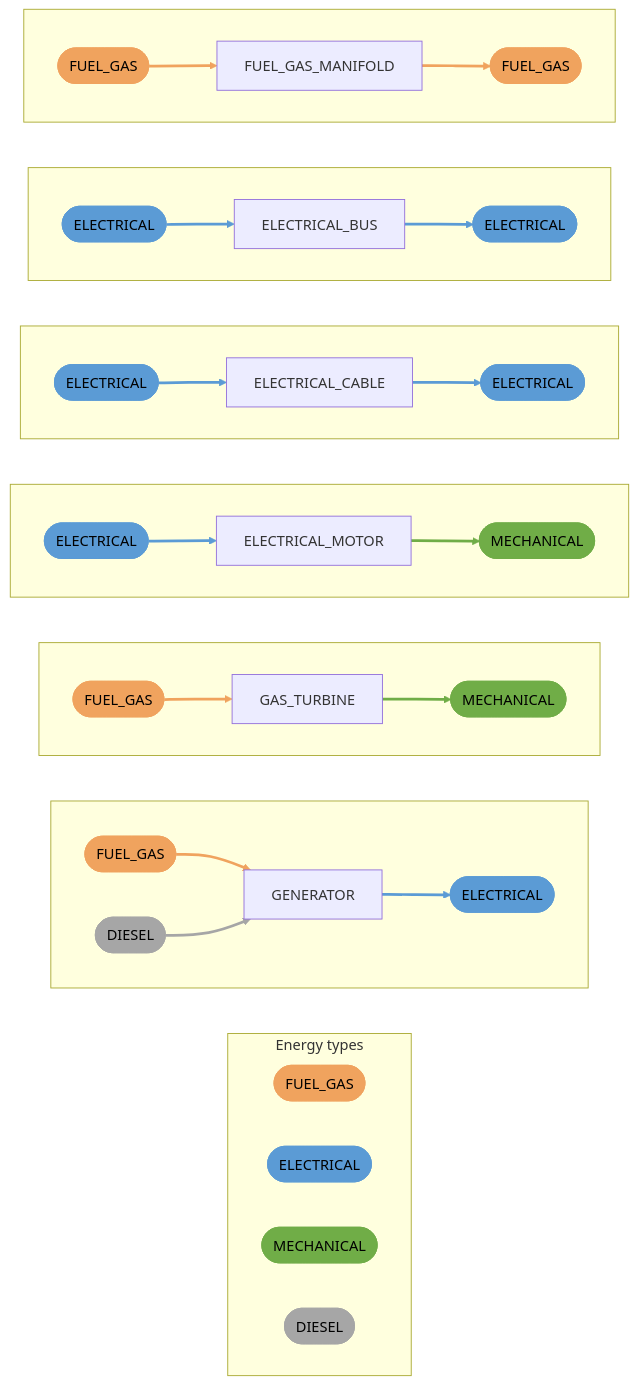
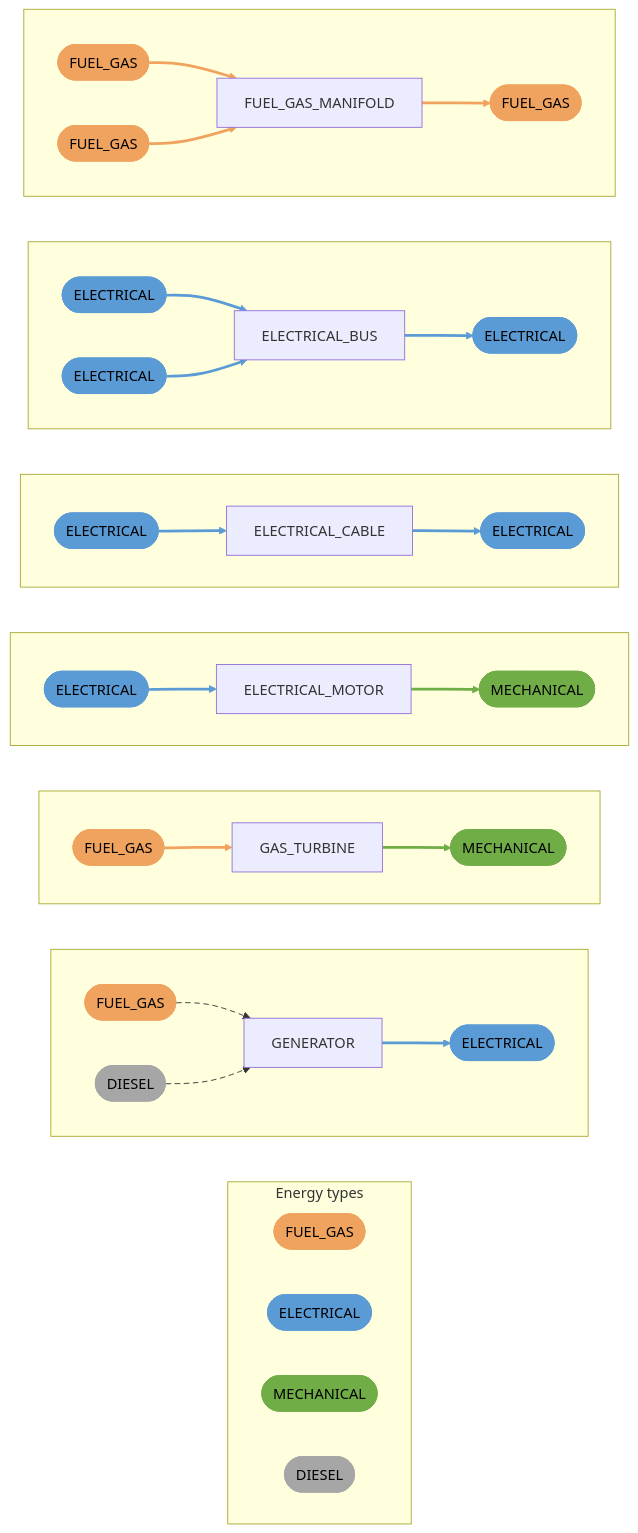
Before and after one commit to equinor/ecalc: the diagram in docs/docs/about/nextgen/energy-components/providers.mdx, drawn with Mermaid. The commit also changed 5 other files, not shown here.

````diff
--- a/docs/docs/about/nextgen/energy-components/providers.mdx
+++ b/docs/docs/about/nextgen/energy-components/providers.mdx
@@ -11,59 +11,62 @@
 ```mermaid
 graph LR
     subgraph legend ["Energy types"]
         direction LR
         legend_FUEL_GAS(["FUEL_GAS"])
         legend_ELECTRICAL(["ELECTRICAL"])
         legend_MECHANICAL(["MECHANICAL"])
         legend_DIESEL(["DIESEL"])
     end
     subgraph box_GENERATOR [" "]
         direction LR
         GENERATOR["GENERATOR"]
-        GENERATOR_in_FUEL_GAS(["FUEL_GAS"]) --> GENERATOR
-        GENERATOR_in_DIESEL(["DIESEL"]) --> GENERATOR
-        GENERATOR --> GENERATOR_out_ELECTRICAL(["ELECTRICAL"])
+        GENERATOR_in0_FUEL_GAS(["FUEL_GAS"]) -.-> GENERATOR
+        GENERATOR_in0_DIESEL(["DIESEL"]) -.-> GENERATOR
+        GENERATOR --> GENERATOR_out0_ELECTRICAL(["ELECTRICAL"])
     end
     subgraph box_GAS_TURBINE [" "]
         direction LR
         GAS_TURBINE["GAS_TURBINE"]
-        GAS_TURBINE_in_FUEL_GAS(["FUEL_GAS"]) --> GAS_TURBINE
-        GAS_TURBINE --> GAS_TURBINE_out_MECHANICAL(["MECHANICAL"])
+        GAS_TURBINE_in0_FUEL_GAS(["FUEL_GAS"]) --> GAS_TURBINE
+        GAS_TURBINE --> GAS_TURBINE_out0_MECHANICAL(["MECHANICAL"])
     end
     subgraph box_ELECTRICAL_MOTOR [" "]
         direction LR
         ELECTRICAL_MOTOR["ELECTRICAL_MOTOR"]
-        ELECTRICAL_MOTOR_in_ELECTRICAL(["ELECTRICAL"]) --> ELECTRICAL_MOTOR
-        ELECTRICAL_MOTOR --> ELECTRICAL_MOTOR_out_MECHANICAL(["MECHANICAL"])
+        ELECTRICAL_MOTOR_in0_ELECTRICAL(["ELECTRICAL"]) --> ELECTRICAL_MOTOR
+        ELECTRICAL_MOTOR --> ELECTRICAL_MOTOR_out0_MECHANICAL(["MECHANICAL"])
     end
     subgraph box_ELECTRICAL_CABLE [" "]
         direction LR
         ELECTRICAL_CABLE["ELECTRICAL_CABLE"]
-        ELECTRICAL_CABLE_in_ELECTRICAL(["ELECTRICAL"]) --> ELECTRICAL_CABLE
-        ELECTRICAL_CABLE --> ELECTRICAL_CABLE_out_ELECTRICAL(["ELECTRICAL"])
+        ELECTRICAL_CABLE_in0_ELECTRICAL(["ELECTRICAL"]) --> ELECTRICAL_CABLE
+        ELECTRICAL_CABLE --> ELECTRICAL_CABLE_out0_ELECTRICAL(["ELECTRICAL"])
     end
     subgraph box_ELECTRICAL_BUS [" "]
         direction LR
         ELECTRICAL_BUS["ELECTRICAL_BUS"]
-        ELECTRICAL_BUS_in_ELECTRICAL(["ELECTRICAL"]) --> ELECTRICAL_BUS
-        ELECTRICAL_BUS --> ELECTRICAL_BUS_out_ELECTRICAL(["ELECTRICAL"])
+        ELECTRICAL_BUS_in0_ELECTRICAL(["ELECTRICAL"]) --> ELECTRICAL_BUS
+        ELECTRICAL_BUS_in1_ELECTRICAL(["ELECTRICAL"]) --> ELECTRICAL_BUS
+        ELECTRICAL_BUS --> ELECTRICAL_BUS_out0_ELECTRICAL(["ELECTRICAL"])
     end
     subgraph box_FUEL_GAS_MANIFOLD [" "]
         direction LR
         FUEL_GAS_MANIFOLD["FUEL_GAS_MANIFOLD"]
-        FUEL_GAS_MANIFOLD_in_FUEL_GAS(["FUEL_GAS"]) --> FUEL_GAS_MANIFOLD
-        FUEL_GAS_MANIFOLD --> FUEL_GAS_MANIFOLD_out_FUEL_GAS(["FUEL_GAS"])
+        FUEL_GAS_MANIFOLD_in0_FUEL_GAS(["FUEL_GAS"]) --> FUEL_GAS_MANIFOLD
+        FUEL_GAS_MANIFOLD_in1_FUEL_GAS(["FUEL_GAS"]) --> FUEL_GAS_MANIFOLD
+        FUEL_GAS_MANIFOLD --> FUEL_GAS_MANIFOLD_out0_FUEL_GAS(["FUEL_GAS"])
     end
     classDef FUEL_GAS fill:#f0a35e,stroke:#f0a35e,color:#000
-    class legend_FUEL_GAS,GENERATOR_in_FUEL_GAS,GAS_TURBINE_in_FUEL_GAS,FUEL_GAS_MANIFOLD_in_FUEL_GAS,FUEL_GAS_MANIFOLD_out_FUEL_GAS FUEL_GAS
-    linkStyle 0,3,11,12 stroke:#f0a35e,stroke-width:3px
+    class legend_FUEL_GAS,GENERATOR_in0_FUEL_GAS,GAS_TURBINE_in0_FUEL_GAS,FUEL_GAS_MANIFOLD_in0_FUEL_GAS,FUEL_GAS_MANIFOLD_in1_FUEL_GAS,FUEL_GAS_MANIFOLD_out0_FUEL_GAS FUEL_GAS
+    linkStyle 0,3,12,13,14 stroke:#f0a35e,stroke-width:3px
     classDef ELECTRICAL fill:#5b9bd5,stroke:#5b9bd5,color:#000
-    class legend_ELECTRICAL,GENERATOR_out_ELECTRICAL,ELECTRICAL_MOTOR_in_ELECTRICAL,ELECTRICAL_CABLE_in_ELECTRICAL,ELECTRICAL_CABLE_out_ELECTRICAL,ELECTRICAL_BUS_in_ELECTRICAL,ELECTRICAL_BUS_out_ELECTRICAL ELECTRICAL
-    linkStyle 2,5,7,8,9,10 stroke:#5b9bd5,stroke-width:3px
+    class legend_ELECTRICAL,GENERATOR_out0_ELECTRICAL,ELECTRICAL_MOTOR_in0_ELECTRICAL,ELECTRICAL_CABLE_in0_ELECTRICAL,ELECTRICAL_CABLE_out0_ELECTRICAL,ELECTRICAL_BUS_in0_ELECTRICAL,ELECTRICAL_BUS_in1_ELECTRICAL,ELECTRICAL_BUS_out0_ELECTRICAL ELECTRICAL
+    linkStyle 2,5,7,8,9,10,11 stroke:#5b9bd5,stroke-width:3px
     classDef MECHANICAL fill:#70ad47,stroke:#70ad47,color:#000
-    class legend_MECHANICAL,GAS_TURBINE_out_MECHANICAL,ELECTRICAL_MOTOR_out_MECHANICAL MECHANICAL
+    class legend_MECHANICAL,GAS_TURBINE_out0_MECHANICAL,ELECTRICAL_MOTOR_out0_MECHANICAL MECHANICAL
     linkStyle 4,6 stroke:#70ad47,stroke-width:3px
     classDef DIESEL fill:#a6a6a6,stroke:#a6a6a6,color:#000
-    class legend_DIESEL,GENERATOR_in_DIESEL DIESEL
+    class legend_DIESEL,GENERATOR_in0_DIESEL DIESEL
     linkStyle 1 stroke:#a6a6a6,stroke-width:3px
+    linkStyle 0,1 stroke-dasharray:6 4
 ```
````
